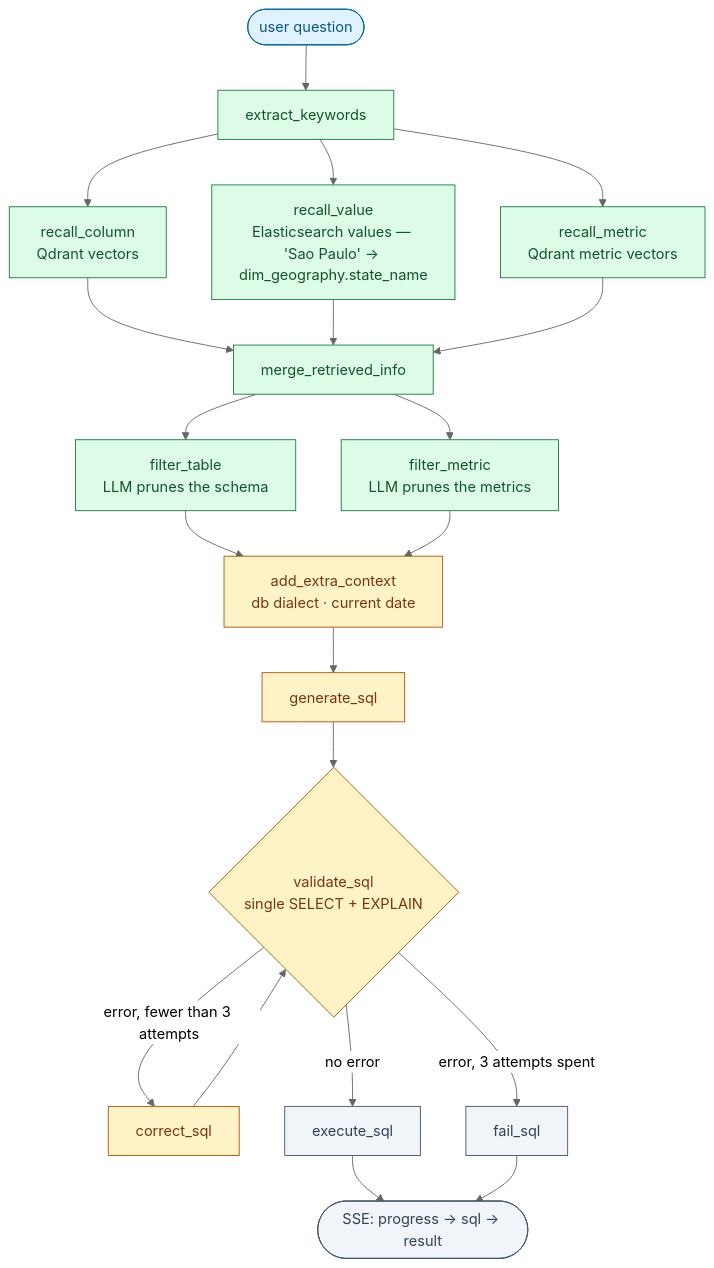
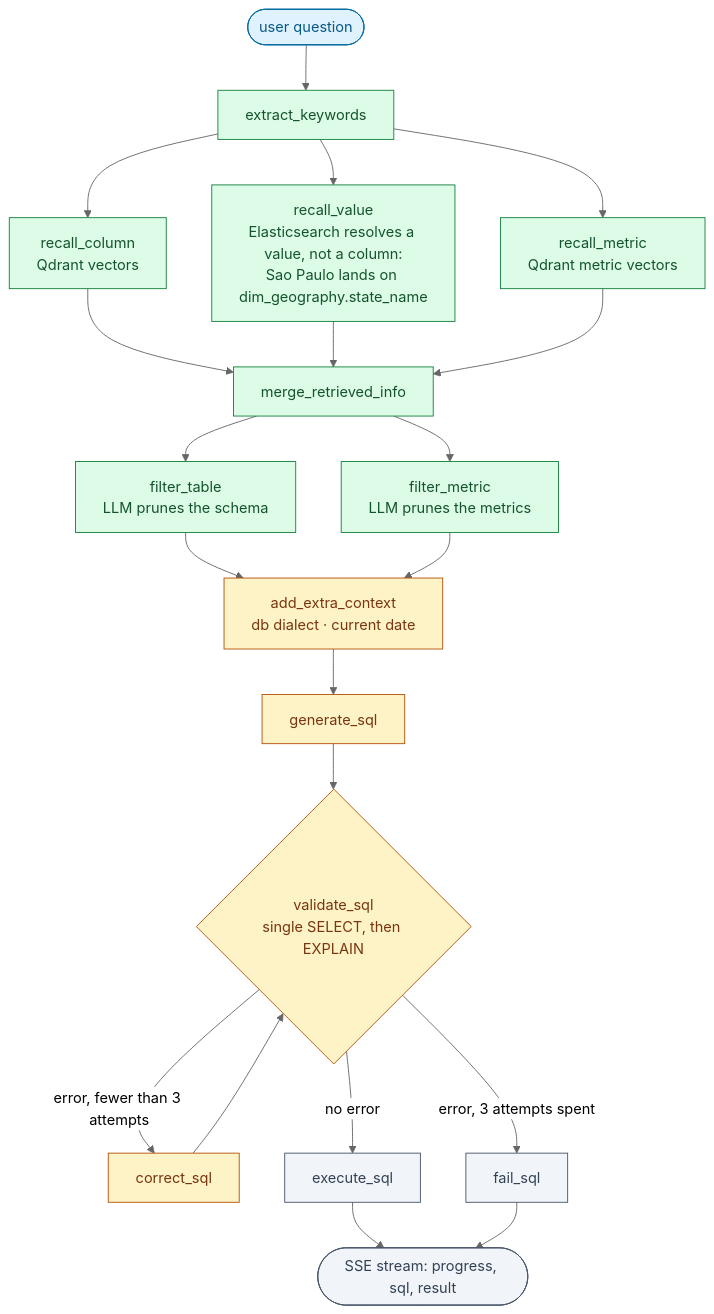
One commit to atul-harsh33108/Commerce-Intelligence changed the fourth of 4 diagrams in README.md. Above: the diagram before and after it, drawn with Mermaid (neutral theme). The commit also changed other lines of this file, not shown here.

````diff
--- a/README.md
+++ b/README.md
@@ -357,35 +364,43 @@
 ```mermaid
 flowchart TD
   classDef entry fill:#e0f2fe,stroke:#0369a1,color:#075985;
   classDef rec fill:#dcfce7,stroke:#15803d,color:#14532d;
   classDef gen fill:#fef3c7,stroke:#b45309,color:#78350f;
   classDef term fill:#f1f5f9,stroke:#475569,color:#334155;
 
   S(["user question"]):::entry
   EK["extract_keywords"]:::rec
   RC["recall_column<br/>Qdrant vectors"]:::rec
-  RV["recall_value<br/>Elasticsearch values — 'Sao Paulo' → dim_geography.state_name"]:::rec
+  RV["recall_value<br/>Elasticsearch resolves a value, not a column:<br/>Sao Paulo lands on dim_geography.state_name"]:::rec
   RM["recall_metric<br/>Qdrant metric vectors"]:::rec
   MG["merge_retrieved_info"]:::rec
   FT["filter_table<br/>LLM prunes the schema"]:::rec
   FM["filter_metric<br/>LLM prunes the metrics"]:::rec
   XC["add_extra_context<br/>db dialect · current date"]:::gen
   GS["generate_sql"]:::gen
-  VS{"validate_sql<br/>single SELECT + EXPLAIN"}:::gen
+  VS{"validate_sql<br/>single SELECT, then EXPLAIN"}:::gen
   CS["correct_sql"]:::gen
   EX["execute_sql"]:::term
   FA["fail_sql"]:::term
-  E(["SSE: progress → sql → result"]):::term
+  E(["SSE stream: progress, sql, result"]):::term
 
   S --> EK
-  EK --> RC & RV & RM
+  EK --> RC
+  EK --> RV
+  EK --> RM
   RC --> MG
   RV --> MG
   RM --> MG
-  MG --> FT --> XC
-  MG --> FM --> XC
-  XC --> GS --> VS
-  VS -- "no error" --> EX --> E
-  VS -- "error, fewer than 3 attempts" --> CS --> VS
-  VS -- "error, 3 attempts spent" --> FA --> E
+  MG --> FT
+  MG --> FM
+  FT --> XC
+  FM --> XC
+  XC --> GS
+  GS --> VS
+  VS -->|"no error"| EX
+  EX --> E
+  VS -->|"error, fewer than 3 attempts"| CS
+  CS --> VS
+  VS -->|"error, 3 attempts spent"| FA
+  FA --> E
 ```
````
